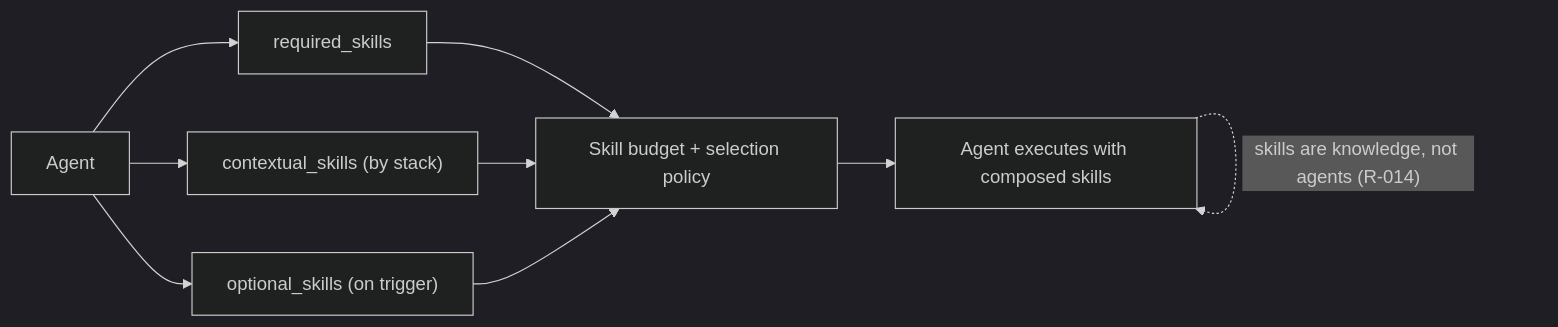
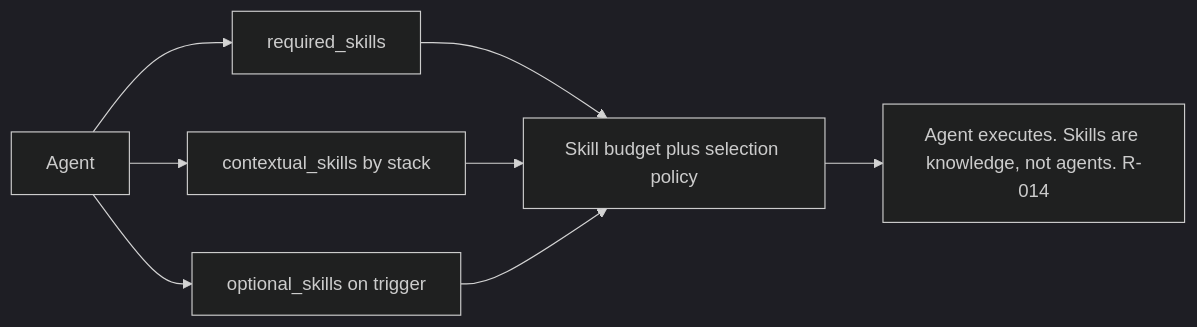
One commit to ryan-nguyen-01/agent-workspace changed the seventh of 10 diagrams in .maestro/engine/docs/visual-flow.md. Above: the diagram before and after it, drawn with Mermaid (dark theme). The commit also changed other lines of this file and 8 other files, not shown here.

First line of the commit message:
fix(diagrams): mermaid-safe syntax + single source; docs link to visual-flow

````diff
--- a/.maestro/engine/docs/visual-flow.md
+++ b/.maestro/engine/docs/visual-flow.md
@@ -118,11 +123,10 @@
 ```mermaid
 flowchart LR
   A["Agent"] --> RS["required_skills"]
-  A --> CS["contextual_skills (by stack)"]
-  A --> OS["optional_skills (on trigger)"]
-  RS --> B["Skill budget + selection policy"]
+  A --> CS["contextual_skills by stack"]
+  A --> OS["optional_skills on trigger"]
+  RS --> B["Skill budget plus selection policy"]
   CS --> B
   OS --> B
-  B --> EXEC["Agent executes with composed skills"]
-  EXEC -. "skills are knowledge, not agents (R-014)" .-> EXEC
+  B --> EXEC["Agent executes. Skills are knowledge, not agents. R-014"]
 ```
````
